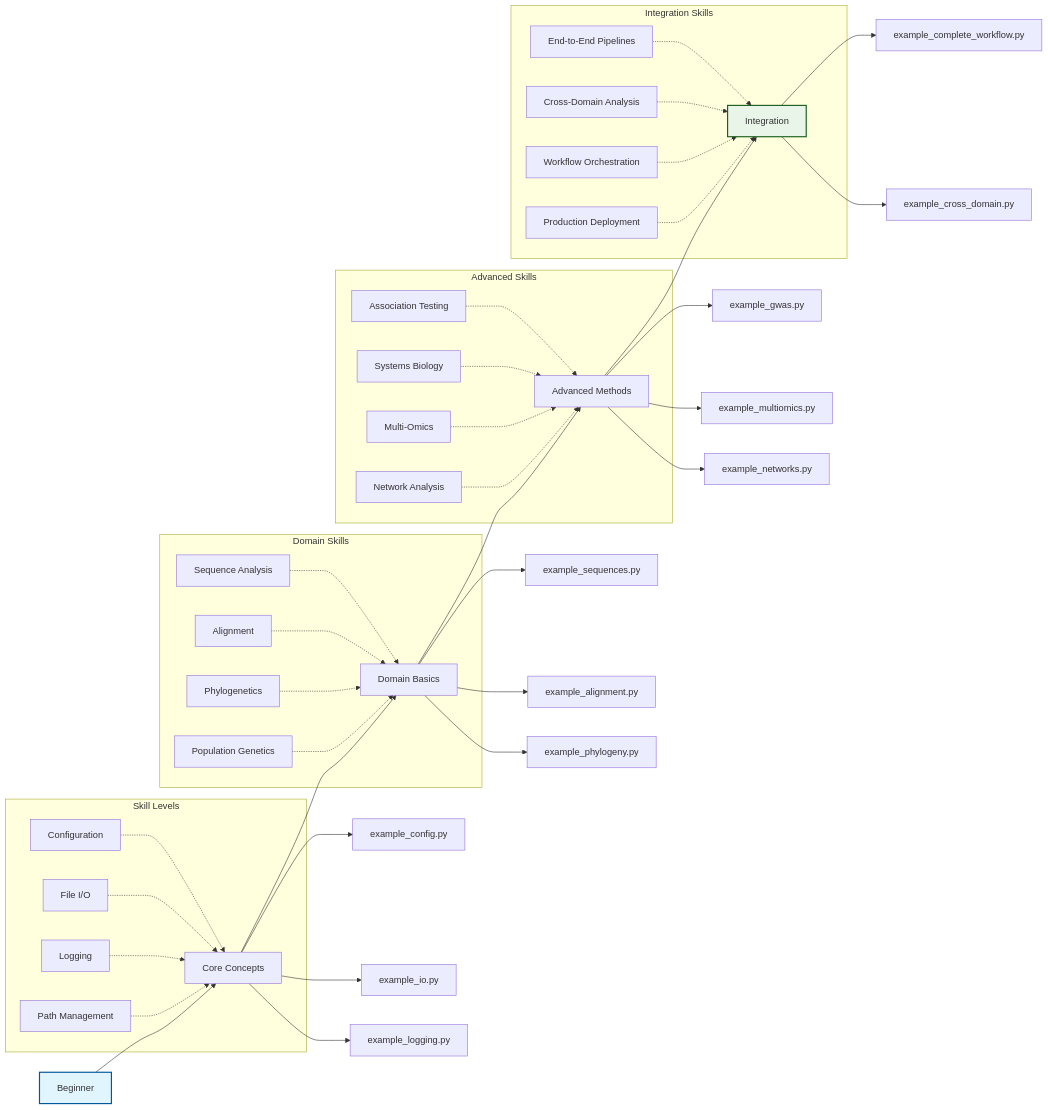
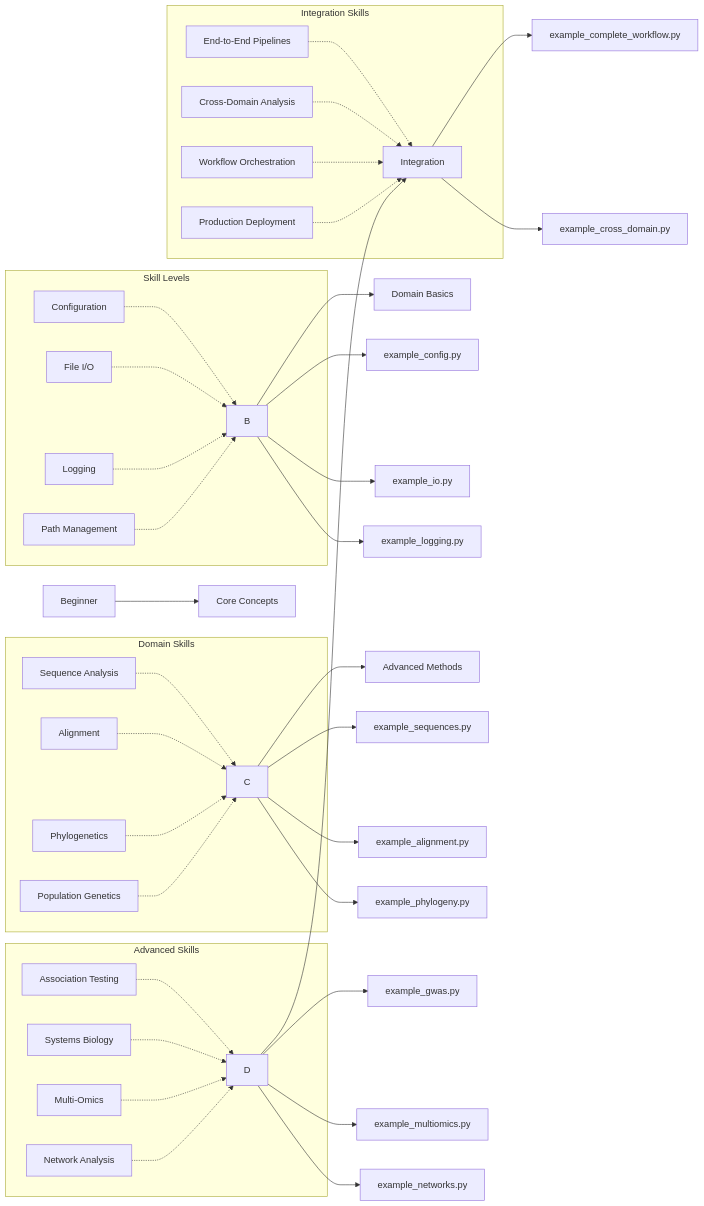
The second of 4 diagrams in examples/README.md (docxology/MetaInformAnt), drawn with Mermaid before and after one commit. The commit also changed other lines of this file and 611 other files, not shown here.

````diff
--- a/examples/README.md
+++ b/examples/README.md
@@ -57,53 +54,51 @@
 ```mermaid
 graph LR
-    A[Beginner] --> B[Core Concepts]
-    B --> C[Domain Basics]
-    C --> D[Advanced Methods]
+    A[Beginner] --> BcoreConcepts[Core Concepts]
+    B --> CdomainBasics[Domain Basics]
+    C --> DadvancedMethods[Advanced Methods]
     D --> E[Integration]
 
-    B --> F[example_config.py]
-    B --> G[example_io.py]
-    B --> H[example_logging.py]
+    B --> FexampleConfig.py[example_config.py]
+    B --> GexampleIo.py[example_io.py]
+    B --> HexampleLogging.py[example_logging.py]
 
-    C --> I[example_sequences.py]
-    C --> J[example_alignment.py]
-    C --> K[example_phylogeny.py]
+    C --> IexampleSequences.py[example_sequences.py]
+    C --> JexampleAlignment.py[example_alignment.py]
+    C --> KexamplePhylogeny.py[example_phylogeny.py]
 
-    D --> L[example_gwas.py]
-    D --> M[example_multiomics.py]
-    D --> N[example_networks.py]
+    D --> LexampleGwas.py[example_gwas.py]
+    D --> MexampleMultiomics.py[example_multiomics.py]
+    D --> NexampleNetworks.py[example_networks.py]
 
-    E --> O[example_complete_workflow.py]
-    E --> P[example_cross_domain.py]
+    E --> OexampleCompleteWorkflow.py[example_complete_workflow.py]
+    E --> PexampleCrossDomain.py[example_cross_domain.py]
 
-    style A fill:#e1f5fe,stroke:#01579b,stroke-width:2px
-    style E fill:#e8f5e8,stroke:#1b5e20,stroke-width:2px
 
     subgraph "Skill Levels"
         Q[Configuration] -.-> B
-        R[File I/O] -.-> B
+        RfileI/o[File I/O] -.-> B
         S[Logging] -.-> B
-        T[Path Management] -.-> B
+        TpathManagement[Path Management] -.-> B
     end
 
     subgraph "Domain Skills"
-        U[Sequence Analysis] -.-> C
+        UsequenceAnalysis[Sequence Analysis] -.-> C
         V[Alignment] -.-> C
         W[Phylogenetics] -.-> C
-        X[Population Genetics] -.-> C
+        XpopulationGenetics[Population Genetics] -.-> C
     end
 
     subgraph "Advanced Skills"
-        Y[Association Testing] -.-> D
-        Z[Systems Biology] -.-> D
+        YassociationTesting[Association Testing] -.-> D
+        ZsystemsBiology[Systems Biology] -.-> D
         AA[Multi-Omics] -.-> D
-        BB[Network Analysis] -.-> D
+        BBnetworkAnalysis[Network Analysis] -.-> D
     end
 
     subgraph "Integration Skills"
-        CC[End-to-End Pipelines] -.-> E
-        DD[Cross-Domain Analysis] -.-> E
-        EE[Workflow Orchestration] -.-> E
-        FF[Production Deployment] -.-> E
+        CCend-to-endPipelines[End-to-End Pipelines] -.-> E
+        DDcross-domainAnalysis[Cross-Domain Analysis] -.-> E
+        EEworkflowOrchestration[Workflow Orchestration] -.-> E
+        FFproductionDeployment[Production Deployment] -.-> E
     end
 ```
````
